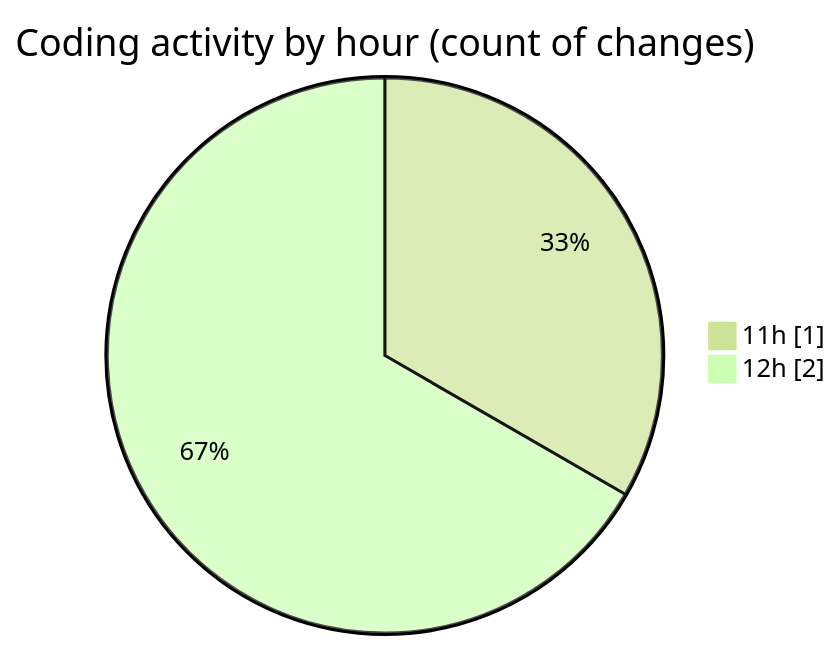
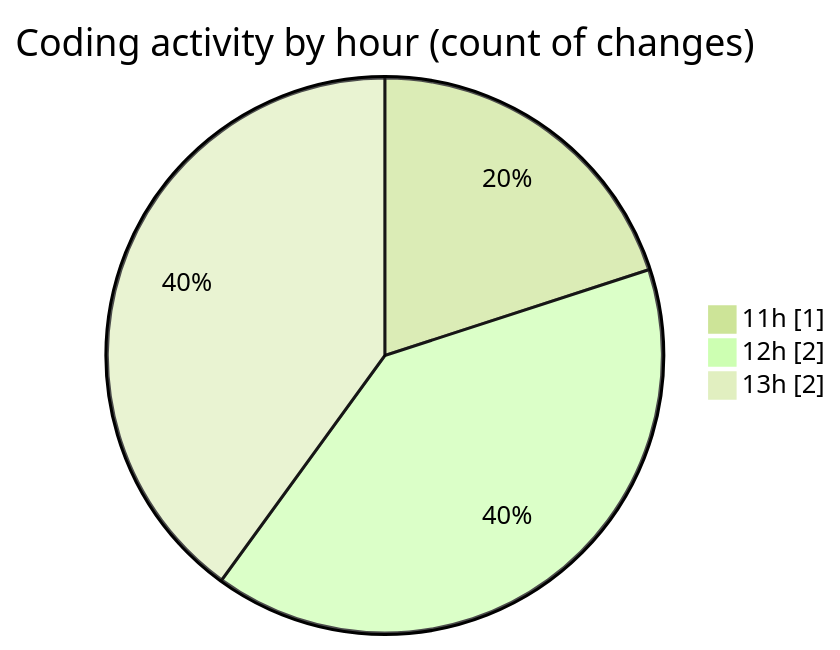
One commit to Ritupan-Deka/code-tracking changed the second of 2 diagrams in 2025-07-18/urlwebwala_intership_work/README.md. Above: the diagram before and after it, drawn with Mermaid (forest theme). The commit also changed other lines of this file and 1 other file, not shown here.

````diff
--- a/2025-07-18/urlwebwala_intership_work/README.md
+++ b/2025-07-18/urlwebwala_intership_work/README.md
@@ -29,6 +29,7 @@
 ```mermaid
 pie showData
 title Coding activity by hour (count of changes)
 "11h" : 1
 "12h" : 2
+"13h" : 2
 ```
````
